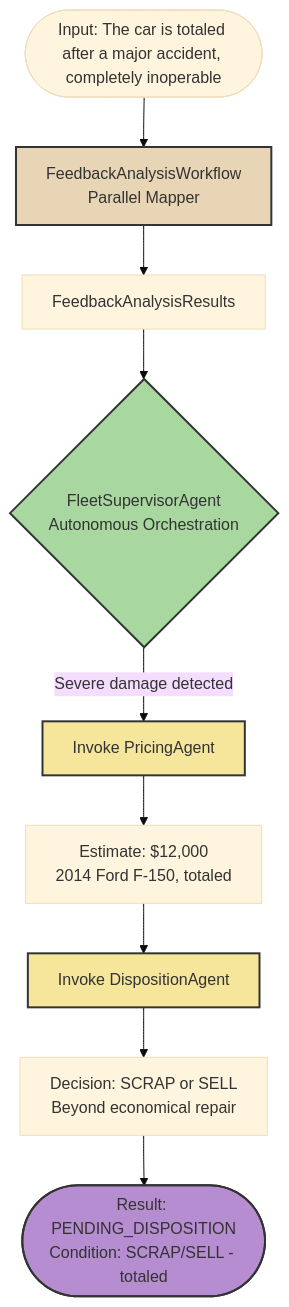
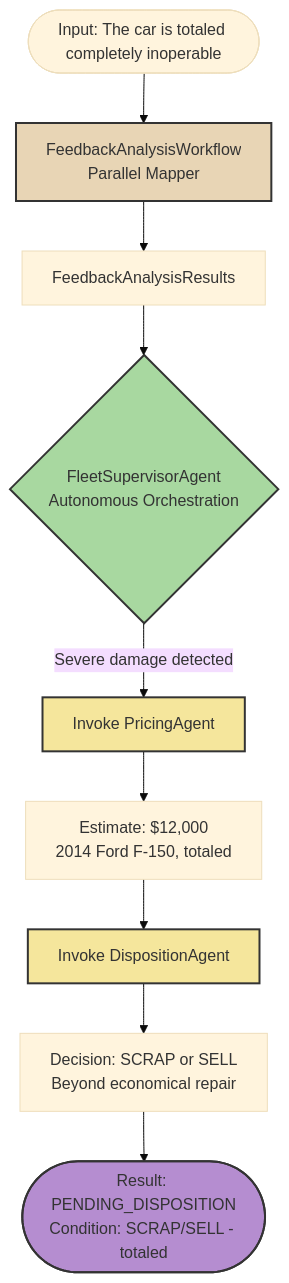
The third of 5 diagrams in docs/docs/section-2/step-04.md (quarkusio/quarkus-workshop-langchain4j), drawn with Mermaid (base theme) before and after one commit. The commit also changed other lines of this file and 7 other files, not shown here.

````diff
--- a/docs/docs/section-2/step-04.md
+++ b/docs/docs/section-2/step-04.md
@@ -506,20 +569,20 @@
 ```mermaid
 flowchart TD
-    Start(["Input: The car is totaled after a major accident, completely inoperable"])
+    Start(["Input: The car is totaled completely inoperable"])
 
     Start --> FW["FeedbackAnalysisWorkflow<br/>Parallel Mapper"]
     FW --> Results["FeedbackAnalysisResults"]
     Results --> FSA{"FleetSupervisorAgent<br/>Autonomous Orchestration"}
 
     FSA -->|"Severe damage detected"| PA["Invoke PricingAgent"]
     PA --> PV["Estimate: $12,000<br/>2014 Ford F-150, totaled"]
     PV --> DA["Invoke DispositionAgent"]
     DA --> DD["Decision: SCRAP or SELL<br/>Beyond economical repair"]
     DD --> Result(["Result: PENDING_DISPOSITION<br/>Condition: SCRAP/SELL - totaled"])
 
     style FW fill:#e8d5b5,stroke:#333,stroke-width:2,color:#333
     style FSA fill:#a8d8a0,stroke:#333,stroke-width:2,color:#333
     style PA fill:#f5e69c,stroke:#333,stroke-width:2,color:#333
     style DA fill:#f5e69c,stroke:#333,stroke-width:2,color:#333
     style Result fill:#b58dd0,stroke:#333,stroke-width:2,color:#333
 ```
````
